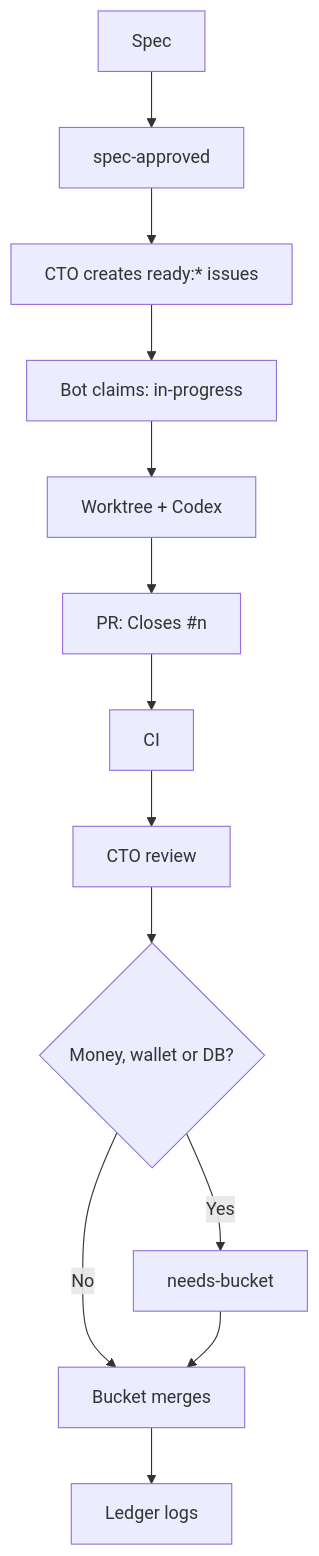
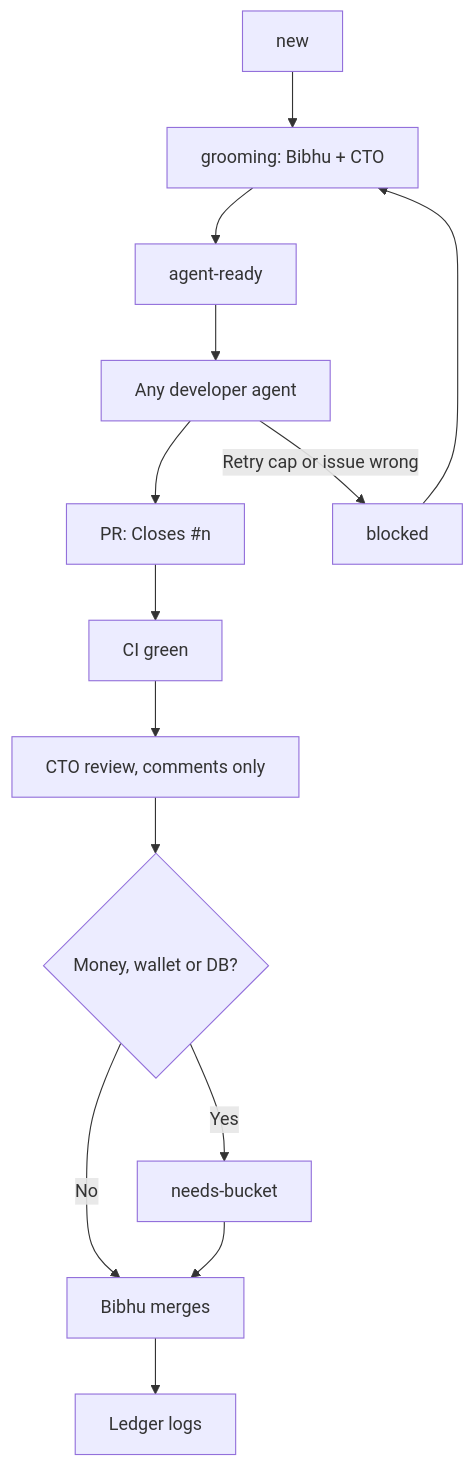
One commit to b-bhu/myboon changed the diagram in docs/team/README.md. Above: the diagram before and after it, drawn with Mermaid. The commit also changed other lines of this file and 4 other files, not shown here.

First line of the commit message:
docs: describe the agent-ready issue flow

````diff
--- a/docs/team/README.md
+++ b/docs/team/README.md
@@ -22,15 +25,16 @@
 ```mermaid
 flowchart TD
-    A[Spec] --> B[spec-approved]
-    B --> C[CTO creates ready:* issues]
-    C --> D[Bot claims: in-progress]
-    D --> E[Worktree + Codex]
-    E --> F[PR: Closes #n]
-    F --> G[CI]
-    G --> H[CTO review]
-    H --> I{Money, wallet or DB?}
-    I -- Yes --> J[needs-bucket]
-    I -- No --> K[Bucket merges]
-    J --> K
-    K --> L[Ledger logs]
+    A[new] --> B[grooming: Bibhu + CTO]
+    B --> C[agent-ready]
+    C --> D[Any developer agent]
+    D --> E[PR: Closes #n]
+    E --> F[CI green]
+    F --> G[CTO review, comments only]
+    G --> H{Money, wallet or DB?}
+    H -- Yes --> I[needs-bucket]
+    H -- No --> J[Bibhu merges]
+    I --> J
+    J --> K[Ledger logs]
+    D -- Retry cap or issue wrong --> L[blocked]
+    L --> B
 ```
````
